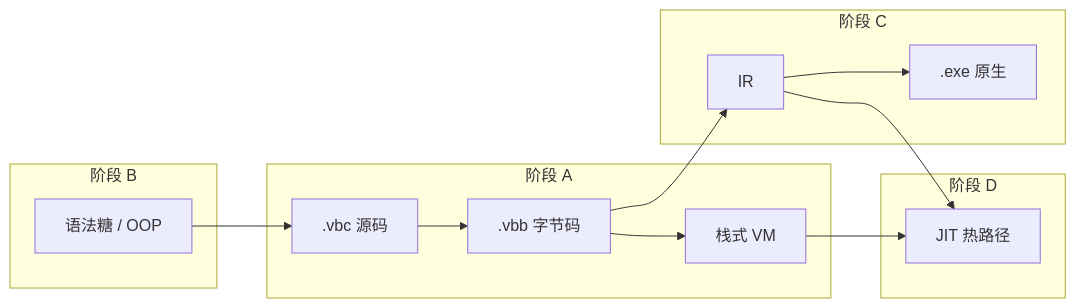
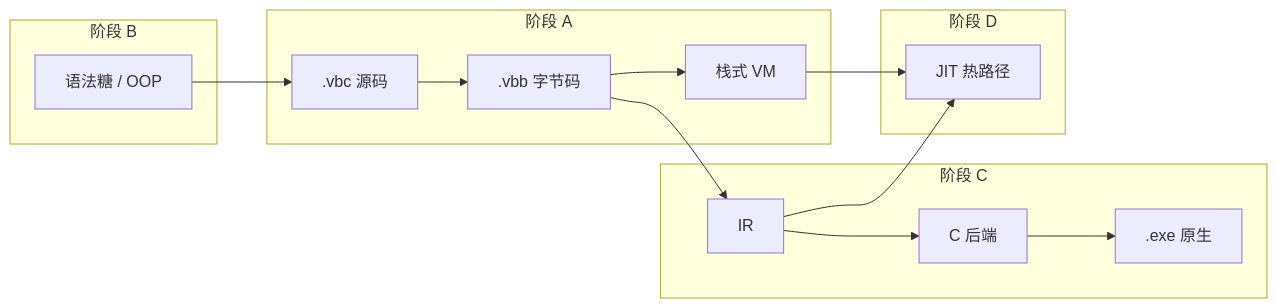
The diagram in docs/FEATURE_IMPLEMENTATION_TARGETS.md (kalinote/verbose-c), drawn with Mermaid before and after one commit. The commit also changed other lines of this file and 1 other file, not shown here.

````diff
--- a/docs/FEATURE_IMPLEMENTATION_TARGETS.md
+++ b/docs/FEATURE_IMPLEMENTATION_TARGETS.md
@@ -420,27 +420,28 @@
 ```mermaid
 flowchart LR
     subgraph PhaseA["阶段 A"]
         VBC[".vbc 源码"]
         VBB[".vbb 字节码"]
         VM["栈式 VM"]
         VBC --> VBB --> VM
     end
 
     subgraph PhaseB["阶段 B"]
         Sugar["语法糖 / OOP"]
     end
 
     subgraph PhaseC["阶段 C"]
         IR["IR"]
+        EmitC["C 后端"]
         Native[".exe 原生"]
-        VBB --> IR --> Native
+        VBB --> IR --> EmitC --> Native
     end
 
     subgraph PhaseD["阶段 D"]
         JIT["JIT 热路径"]
         VM --> JIT
         IR --> JIT
     end
 
     Sugar --> VBC
 ```
````
